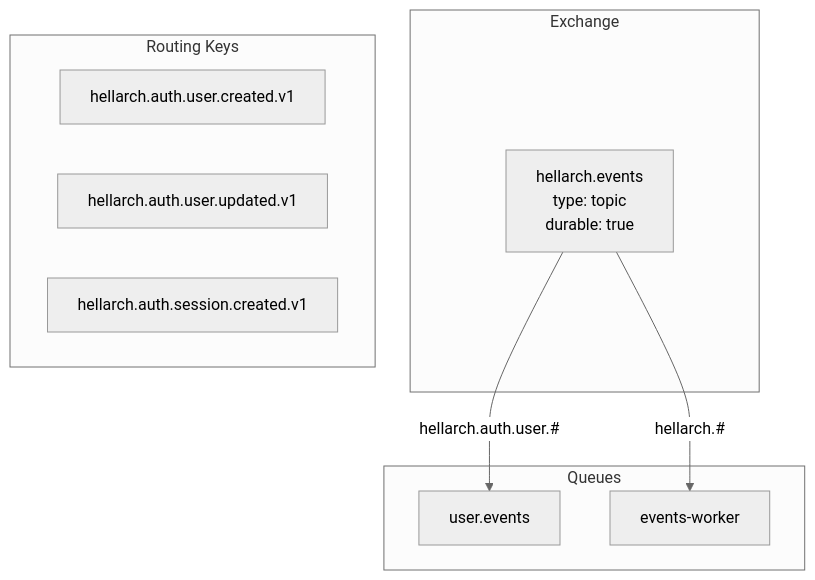
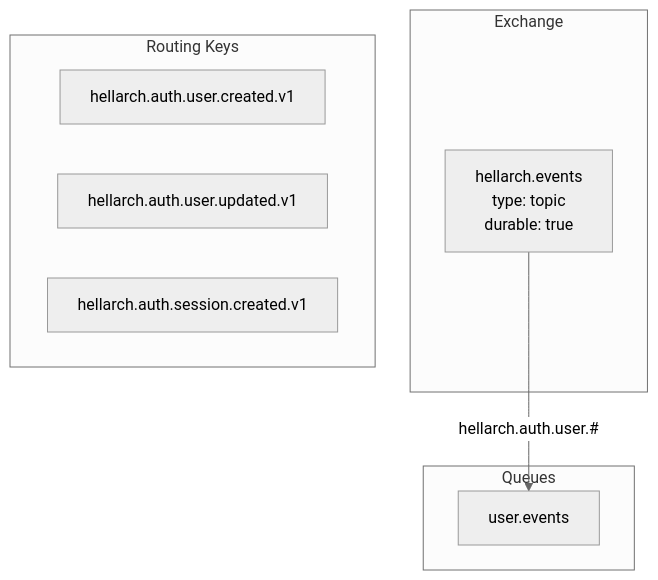
One commit to Nechja/hellArch changed the second of 9 diagrams in docs/architecture/events.md. Above: the diagram before and after it, drawn with Mermaid (neutral theme). The commit also changed other lines of this file and 254 other files, not shown here.

````diff
--- a/docs/architecture/events.md
+++ b/docs/architecture/events.md
@@ -33,20 +29,18 @@
 ```mermaid
 graph TB
     subgraph Exchange
         EX[hellarch.events<br/>type: topic<br/>durable: true]
     end
 
     subgraph Queues
         Q1[user.events]
-        Q2[events-worker]
     end
 
     subgraph Routing Keys
         RK1[hellarch.auth.user.created.v1]
         RK2[hellarch.auth.user.updated.v1]
         RK3[hellarch.auth.session.created.v1]
     end
 
     EX -->|hellarch.auth.user.#| Q1
-    EX -->|hellarch.#| Q2
 ```
````
